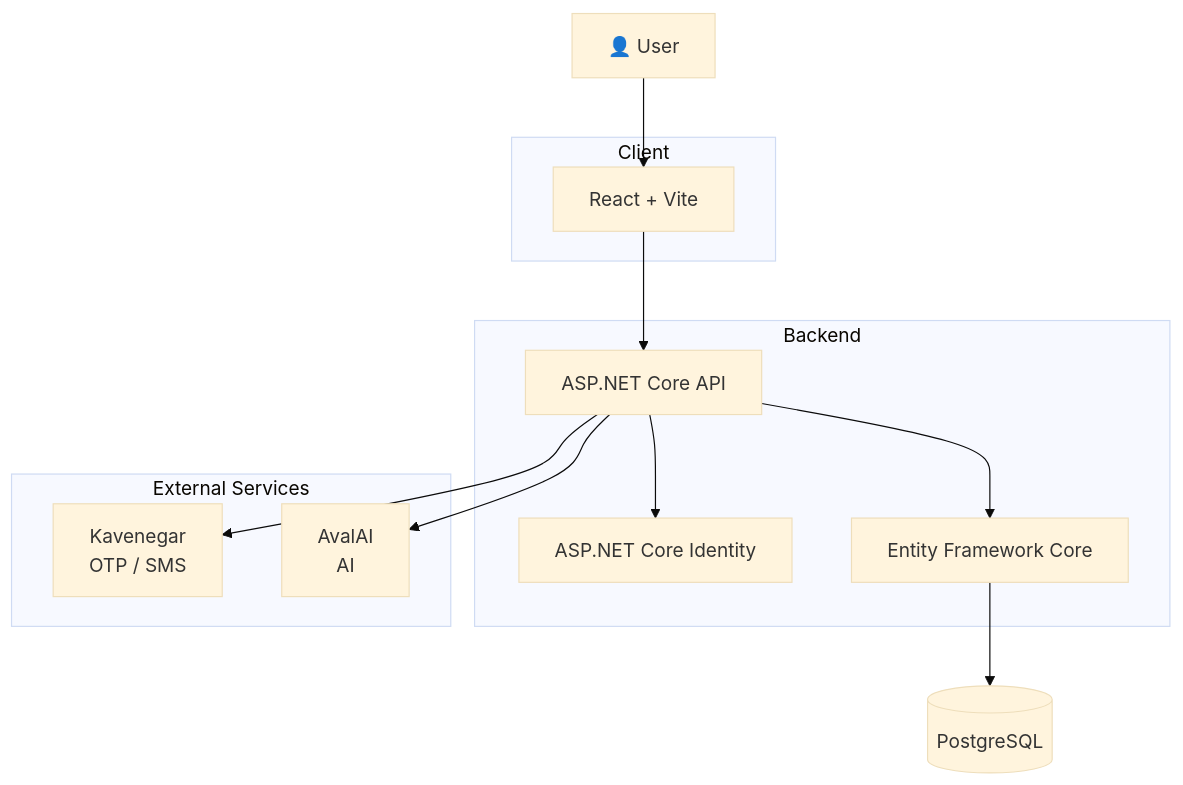
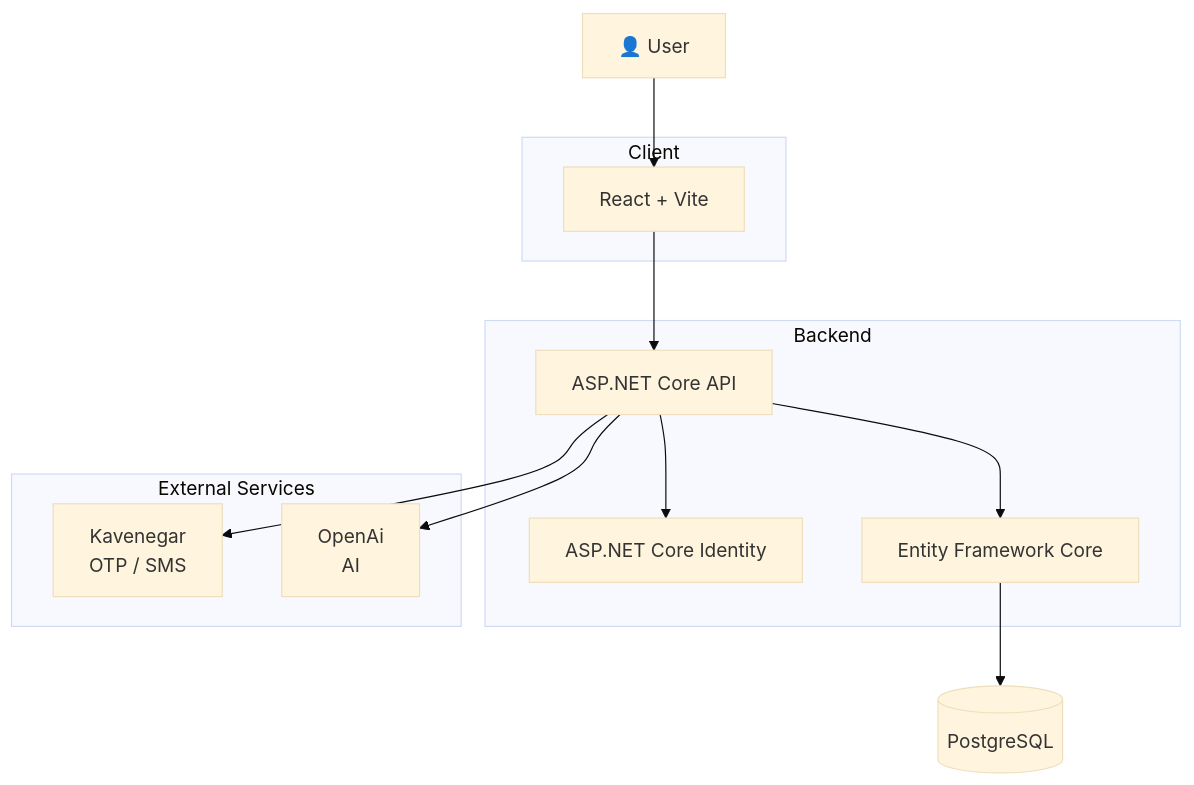
One commit to Mahdi-Forghani/hamkar-project changed the first of 4 diagrams in Readme.md. Above: the diagram before and after it, drawn with Mermaid (base theme). The commit also changed other lines of this file, not shown here.

````diff
--- a/Readme.md
+++ b/Readme.md
@@ -30,31 +26,31 @@
 ```mermaid
 flowchart TB
     User["👤 User"]
 
     subgraph Client["Client"]
         Web["React + Vite"]
     end
 
     subgraph Server["Backend"]
         API["ASP.NET Core API"]
         Auth["ASP.NET Core Identity"]
         EF["Entity Framework Core"]
     end
 
     DB[("PostgreSQL")]
 
     subgraph External["External Services"]
         Kavenegar["Kavenegar<br/>OTP / SMS"]
-        AvalAI["AvalAI<br/>AI"]
+        OpenAI["OpenAi<br/>AI"]
     end
 
     User --> Web
     Web --> API
 
     API --> Auth
     API --> EF
     EF --> DB
 
     API --> Kavenegar
-    API --> AvalAI
+    API --> OpenAI
 ```
````
